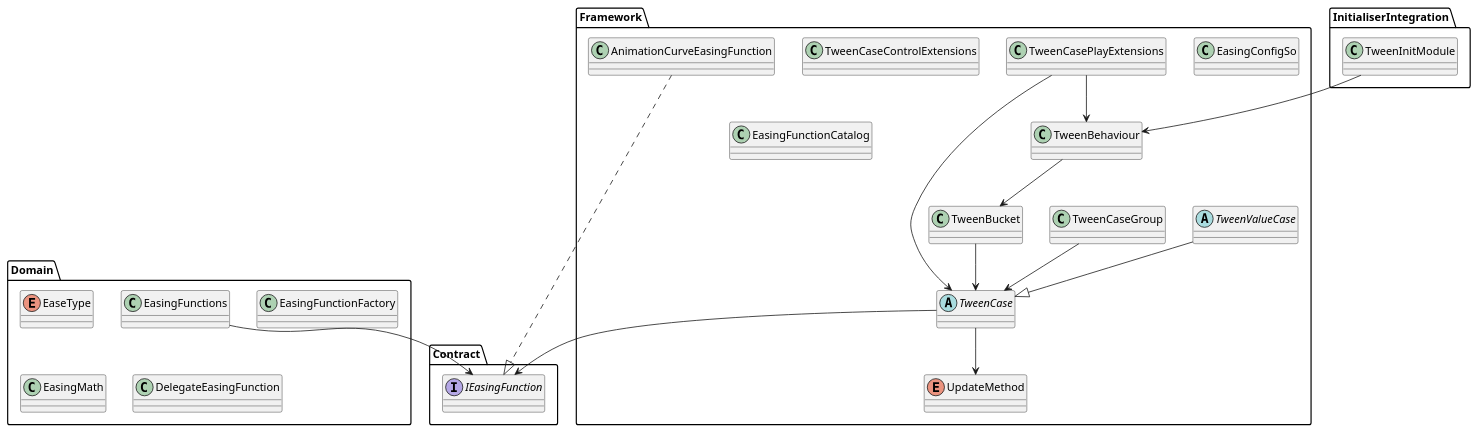
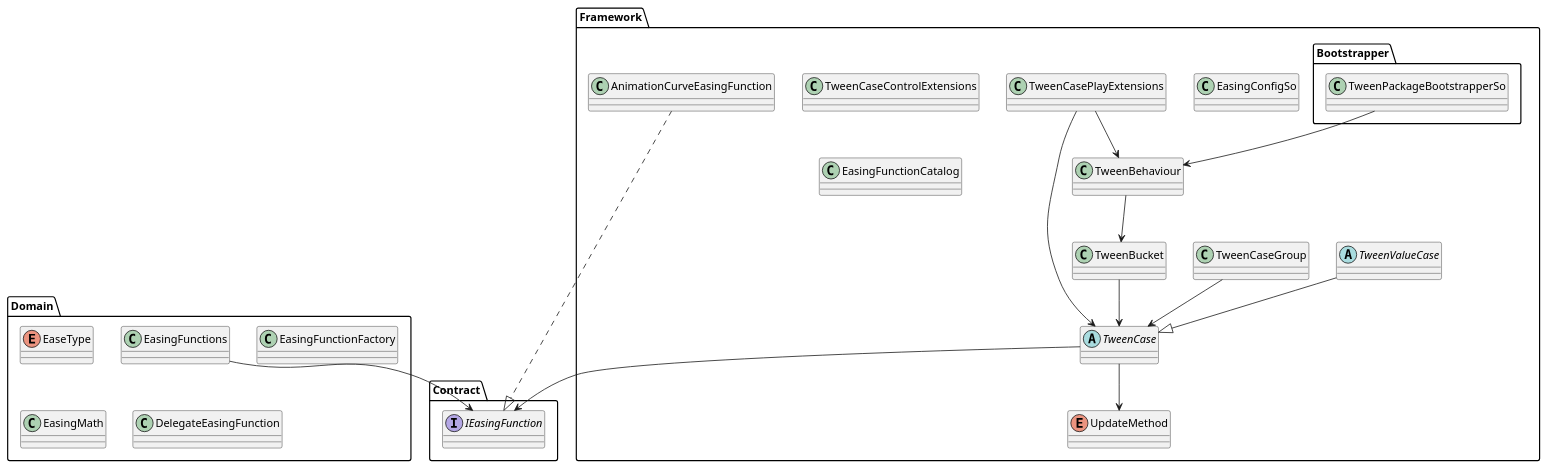
Before and after one commit to sweetjellystudio/sweetjelly-tween: the first of 5 diagrams in README.ko.md, drawn with PlantUML. The commit also changed 322 other files, not shown here.

````diff
--- a/README.ko.md
+++ b/README.ko.md
@@ -9,48 +9,48 @@
 ```plantuml
 @startuml
 
 package "Contract" {
   interface IEasingFunction
 }
 
 package "Domain" {
   enum EaseType
   class EasingFunctionFactory
   class EasingFunctions
   class EasingMath
   class DelegateEasingFunction
 }
 
 package "Framework" {
   class TweenBehaviour
   class TweenBucket
   abstract TweenCase
   abstract TweenValueCase
   class TweenCaseGroup
   class TweenCasePlayExtensions
   class TweenCaseControlExtensions
   enum UpdateMethod
 
   class AnimationCurveEasingFunction
   class EasingConfigSo
   class EasingFunctionCatalog
 }
 
-package "InitialiserIntegration" {
-  class TweenInitModule
+package "Framework.Bootstrapper" {
+  class TweenPackageBootstrapperSo
 }
 
 TweenBehaviour --> TweenBucket
 TweenBucket --> TweenCase
 TweenValueCase --|> TweenCase
 TweenCase --> IEasingFunction
 TweenCase --> UpdateMethod
 TweenCaseGroup --> TweenCase
 TweenCasePlayExtensions --> TweenBehaviour
 TweenCasePlayExtensions --> TweenCase
 AnimationCurveEasingFunction ..|> IEasingFunction
 EasingFunctions --> IEasingFunction
-TweenInitModule --> TweenBehaviour
+TweenPackageBootstrapperSo --> TweenBehaviour
 
 @enduml
 ```
````
